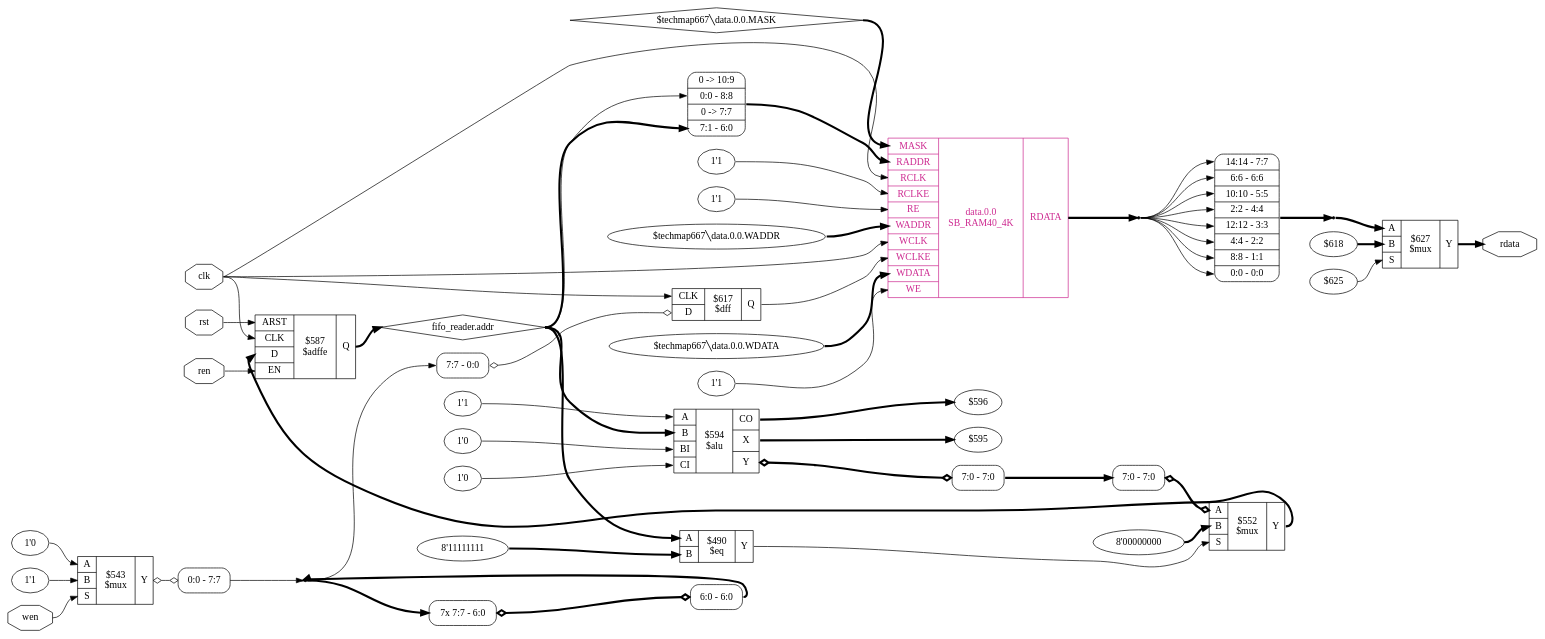
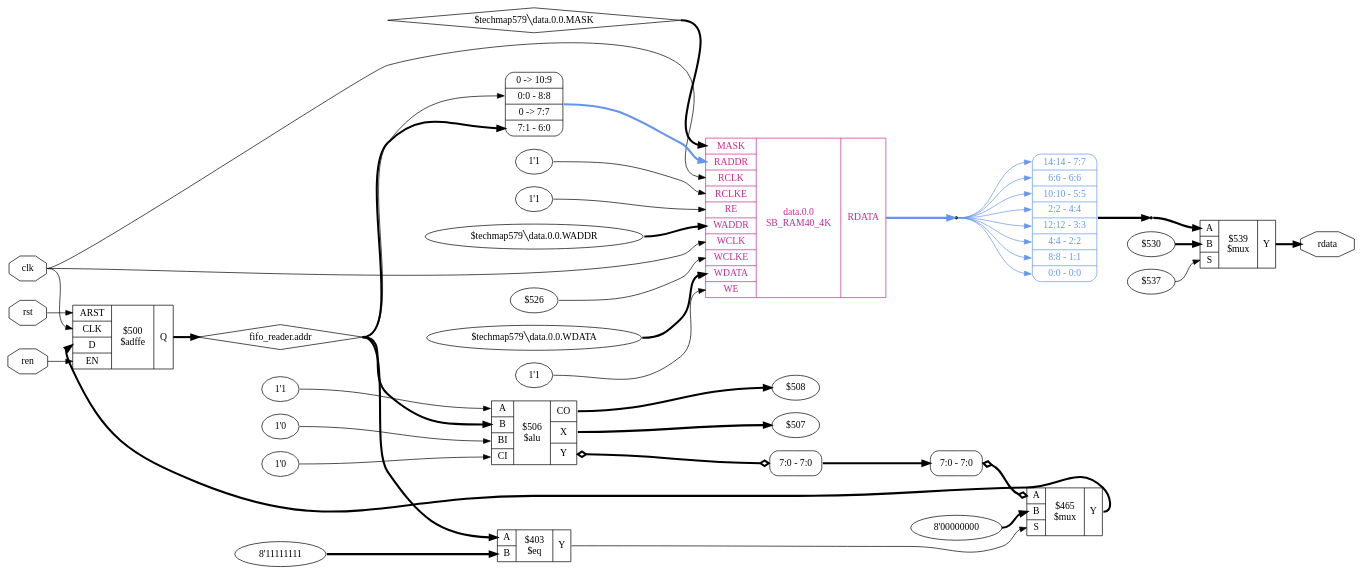
The diagram in source/_images/code_examples/fifo/rdata_map_ram.dot (YosysHQ-Docs/yosys-cmd-ref), drawn with Graphviz before and after one commit. The commit also changed 54 other files, not shown here.

```diff
--- a/source/_images/code_examples/fifo/rdata_map_ram.dot
+++ b/source/_images/code_examples/fifo/rdata_map_ram.dot
@@ -1,101 +1,81 @@
 digraph "fifo" {
 rankdir="LR";
 remincross=true;
-n11 [ shape=octagon, label="clk", color="black", fontcolor="black" ];
-n12 [ shape=diamond, label="fifo_reader.addr", color="black", fontcolor="black" ];
-n13 [ shape=octagon, label="rdata", color="black", fontcolor="black" ];
-n14 [ shape=octagon, label="ren", color="black", fontcolor="black" ];
-n15 [ shape=octagon, label="rst", color="black", fontcolor="black" ];
-n16 [ shape=octagon, label="wen", color="black", fontcolor="black" ];
-v0 [ label="$techmap667&#9586;data.0.0.WADDR" ];
+n9 [ shape=octagon, label="clk", color="black", fontcolor="black" ];
+n10 [ shape=diamond, label="fifo_reader.addr", color="black", fontcolor="black" ];
+n11 [ shape=octagon, label="rdata", color="black", fontcolor="black" ];
+n12 [ shape=octagon, label="ren", color="black", fontcolor="black" ];
+n13 [ shape=octagon, label="rst", color="black", fontcolor="black" ];
+v0 [ label="$techmap579&#9586;data.0.0.WADDR" ];
 v1 [ label="1'1" ];
-v2 [ label="$techmap667&#9586;data.0.0.WDATA" ];
-v3 [ label="1'1" ];
+v2 [ label="$526" ];
+v3 [ label="$techmap579&#9586;data.0.0.WDATA" ];
 v4 [ label="1'1" ];
-c28 [ shape=record, label="{{<p17> MASK|<p18> RADDR|<p19> RCLK|<p20> RCLKE|<p21> RE|<p22> WADDR|<p23> WCLK|<p24> WCLKE|<p25> WDATA|<p26> WE}|data.0.0\nSB_RAM40_4K|{<p27> RDATA}}", color="maroon3", fontcolor="maroon3" ];
-c32 [ shape=record, label="{{<p29> CLK|<p30> D}|$617\n$dff|{<p31> Q}}",  ];
-x5 [ shape=record, style=rounded, label="<s0> 7:7 - 0:0 ", color="black", fontcolor="black" ];
-x5:e -> c32:p30:w [arrowhead=odiamond, arrowtail=odiamond, dir=both, color="black", fontcolor="black", label=""];
+v5 [ label="1'1" ];
+c25 [ shape=record, label="{{<p14> MASK|<p15> RADDR|<p16> RCLK|<p17> RCLKE|<p18> RE|<p19> WADDR|<p20> WCLK|<p21> WCLKE|<p22> WDATA|<p23> WE}|data.0.0\nSB_RAM40_4K|{<p24> RDATA}}", color="maroon3", fontcolor="maroon3" ];
 v6 [ label="1'1" ];
 v7 [ label="1'0" ];
 v8 [ label="1'0" ];
-v9 [ label="$596" ];
-v10 [ label="$595" ];
-c40 [ shape=record, label="{{<p33> A|<p34> B|<p35> BI|<p36> CI}|$594\n$alu|{<p37> CO|<p38> X|<p39> Y}}",  ];
+v9 [ label="$508" ];
+v10 [ label="$507" ];
+c33 [ shape=record, label="{{<p26> A|<p27> B|<p28> BI|<p29> CI}|$506\n$alu|{<p30> CO|<p31> X|<p32> Y}}",  ];
 x11 [ shape=record, style=rounded, label="<s0> 7:0 - 7:0 ", color="black", fontcolor="black" ];
-c40:p39:e -> x11:w [arrowhead=odiamond, arrowtail=odiamond, dir=both, color="black", fontcolor="black", style="setlinewidth(3)", label=""];
-c43 [ shape=record, label="{{<p41> ARST|<p29> CLK|<p30> D|<p42> EN}|$587\n$adffe|{<p31> Q}}",  ];
+c33:p32:e -> x11:w [arrowhead=odiamond, arrowtail=odiamond, dir=both, color="black", fontcolor="black", style="setlinewidth(3)", label=""];
+c39 [ shape=record, label="{{<p34> ARST|<p35> CLK|<p36> D|<p37> EN}|$500\n$adffe|{<p38> Q}}",  ];
 v12 [ label="8'11111111" ];
-c44 [ shape=record, label="{{<p33> A|<p34> B}|$490\n$eq|{<p39> Y}}",  ];
+c40 [ shape=record, label="{{<p26> A|<p27> B}|$403\n$eq|{<p32> Y}}",  ];
 v14 [ label="8'00000000" ];
-c46 [ shape=record, label="{{<p33> A|<p34> B|<p45> S}|$552\n$mux|{<p39> Y}}",  ];
+c42 [ shape=record, label="{{<p26> A|<p27> B|<p41> S}|$465\n$mux|{<p32> Y}}",  ];
 x13 [ shape=record, style=rounded, label="<s0> 7:0 - 7:0 ", color="black", fontcolor="black" ];
-x13:e -> c46:p33:w [arrowhead=odiamond, arrowtail=odiamond, dir=both, color="black", fontcolor="black", style="setlinewidth(3)", label=""];
-v15 [ label="1'0" ];
-v16 [ label="1'1" ];
-c47 [ shape=record, label="{{<p33> A|<p34> B|<p45> S}|$543\n$mux|{<p39> Y}}",  ];
-x17 [ shape=record, style=rounded, label="<s0> 0:0 - 7:7 ", color="black", fontcolor="black" ];
-c47:p39:e -> x17:w [arrowhead=odiamond, arrowtail=odiamond, dir=both, color="black", fontcolor="black", label=""];
-v18 [ label="$625" ];
-v19 [ label="$618" ];
-c48 [ shape=record, label="{{<p33> A|<p34> B|<p45> S}|$627\n$mux|{<p39> Y}}",  ];
-x20 [ shape=record, style=rounded, label="<s6> 7x 7:7 - 6:0 ", color="black", fontcolor="black" ];
-x21 [ shape=record, style=rounded, label="<s0> 6:0 - 6:0 ", color="black", fontcolor="black" ];
-x20:e -> x21:w [arrowhead=odiamond, arrowtail=odiamond, dir=both, color="black", fontcolor="black", style="setlinewidth(3)", label=""];
-x22 [shape=point, ];
-x23 [ shape=record, style=rounded, label="0 -&gt; 10:9 |<s2> 0:0 - 8:8 |0 -&gt; 7:7 |<s0> 7:1 - 6:0 ", color="black", fontcolor="black" ];
-x24 [ shape=record, style=rounded, label="<s7> 14:14 - 7:7 |<s6> 6:6 - 6:6 |<s5> 10:10 - 5:5 |<s4> 2:2 - 4:4 |<s3> 12:12 - 3:3 |<s2> 4:4 - 2:2 |<s1> 8:8 - 1:1 |<s0> 0:0 - 0:0 ", color="black", fontcolor="black" ];
+x13:e -> c42:p26:w [arrowhead=odiamond, arrowtail=odiamond, dir=both, color="black", fontcolor="black", style="setlinewidth(3)", label=""];
+v15 [ label="$537" ];
+v16 [ label="$530" ];
+c43 [ shape=record, label="{{<p26> A|<p27> B|<p41> S}|$539\n$mux|{<p32> Y}}",  ];
+x17 [shape=point, ];
+x18 [ shape=record, style=rounded, label="0 -&gt; 10:9 |<s2> 0:0 - 8:8 |0 -&gt; 7:7 |<s0> 7:1 - 6:0 ", color="black", fontcolor="black" ];
+x19 [ shape=record, style=rounded, label="<s7> 14:14 - 7:7 |<s6> 6:6 - 6:6 |<s5> 10:10 - 5:5 |<s4> 2:2 - 4:4 |<s3> 12:12 - 3:3 |<s2> 4:4 - 2:2 |<s1> 8:8 - 1:1 |<s0> 0:0 - 0:0 ", color="cornflowerblue", fontcolor="cornflowerblue" ];
 n1 [ shape=point ];
-c28:p27:e -> n1:w [color="black", fontcolor="black", style="setlinewidth(3)", label=""];
-n1:e -> x24:s0:w [color="black", fontcolor="black", label=""];
-n1:e -> x24:s1:w [color="black", fontcolor="black", label=""];
-n1:e -> x24:s2:w [color="black", fontcolor="black", label=""];
-n1:e -> x24:s3:w [color="black", fontcolor="black", label=""];
-n1:e -> x24:s4:w [color="black", fontcolor="black", label=""];
-n1:e -> x24:s5:w [color="black", fontcolor="black", label=""];
-n1:e -> x24:s6:w [color="black", fontcolor="black", label=""];
-n1:e -> x24:s7:w [color="black", fontcolor="black", label=""];
-c46:p39:e -> c43:p30:w [color="black", fontcolor="black", style="setlinewidth(3)", label=""];
-n11:e -> c28:p19:w [color="black", fontcolor="black", label=""];
-n11:e -> c28:p23:w [color="black", fontcolor="black", label=""];
-n11:e -> c32:p29:w [color="black", fontcolor="black", label=""];
-n11:e -> c43:p29:w [color="black", fontcolor="black", label=""];
-c43:p31:e -> n12:w [color="black", fontcolor="black", style="setlinewidth(3)", label=""];
-n12:e -> c40:p34:w [color="black", fontcolor="black", style="setlinewidth(3)", label=""];
-n12:e -> c44:p33:w [color="black", fontcolor="black", style="setlinewidth(3)", label=""];
-n12:e -> x23:s0:w [color="black", fontcolor="black", style="setlinewidth(3)", label=""];
-n12:e -> x23:s2:w [color="black", fontcolor="black", label=""];
-c48:p39:e -> n13:w [color="black", fontcolor="black", style="setlinewidth(3)", label=""];
-n14:e -> c43:p42:w [color="black", fontcolor="black", label=""];
-n15:e -> c43:p41:w [color="black", fontcolor="black", label=""];
-n16:e -> c47:p45:w [color="black", fontcolor="black", label=""];
-n2 [ shape=diamond, label="$techmap667&#9586;data.0.0.MASK" ];
-n2:e -> c28:p17:w [color="black", fontcolor="black", style="setlinewidth(3)", label=""];
-x23:e -> c28:p18:w [color="black", fontcolor="black", style="setlinewidth(3)", label=""];
-x24:e -> x22:w [color="black", fontcolor="black", style="setlinewidth(3)", label=""];
-x22:e -> c48:p33:w [color="black", fontcolor="black", style="setlinewidth(3)", label=""];
-c32:p31:e -> c28:p24:w [color="black", fontcolor="black", label=""];
-n7 [ shape=point ];
-x17:s0:e -> n7:w [color="black", fontcolor="black", label=""];
-x21:s0:e -> n7:w [color="black", fontcolor="black", style="setlinewidth(3)", label=""];
-n7:e -> x20:s6:w [color="black", fontcolor="black", style="setlinewidth(3)", label=""];
-n7:e -> x5:s0:w [color="black", fontcolor="black", label=""];
+c25:p24:e -> n1:w [color="cornflowerblue", fontcolor="cornflowerblue", style="setlinewidth(3)", label=""];
+n1:e -> x19:s0:w [color="cornflowerblue", fontcolor="cornflowerblue", label=""];
+n1:e -> x19:s1:w [color="cornflowerblue", fontcolor="cornflowerblue", label=""];
+n1:e -> x19:s2:w [color="cornflowerblue", fontcolor="cornflowerblue", label=""];
+n1:e -> x19:s3:w [color="cornflowerblue", fontcolor="cornflowerblue", label=""];
+n1:e -> x19:s4:w [color="cornflowerblue", fontcolor="cornflowerblue", label=""];
+n1:e -> x19:s5:w [color="cornflowerblue", fontcolor="cornflowerblue", label=""];
+n1:e -> x19:s6:w [color="cornflowerblue", fontcolor="cornflowerblue", label=""];
+n1:e -> x19:s7:w [color="cornflowerblue", fontcolor="cornflowerblue", label=""];
+c39:p38:e -> n10:w [color="black", fontcolor="black", style="setlinewidth(3)", label=""];
+n10:e -> c33:p27:w [color="black", fontcolor="black", style="setlinewidth(3)", label=""];
+n10:e -> c40:p26:w [color="black", fontcolor="black", style="setlinewidth(3)", label=""];
+n10:e -> x18:s0:w [color="black", fontcolor="black", style="setlinewidth(3)", label=""];
+n10:e -> x18:s2:w [color="black", fontcolor="black", label=""];
+c43:p32:e -> n11:w [color="black", fontcolor="black", style="setlinewidth(3)", label=""];
+n12:e -> c39:p37:w [color="black", fontcolor="black", label=""];
+n13:e -> c39:p34:w [color="black", fontcolor="black", label=""];
+n2 [ shape=diamond, label="$techmap579&#9586;data.0.0.MASK" ];
+n2:e -> c25:p14:w [color="black", fontcolor="black", style="setlinewidth(3)", label=""];
+x18:e -> c25:p15:w [color="cornflowerblue", fontcolor="cornflowerblue", style="setlinewidth(3)", label=""];
+x19:e -> x17:w [color="black", fontcolor="black", style="setlinewidth(3)", label=""];
+x17:e -> c43:p26:w [color="black", fontcolor="black", style="setlinewidth(3)", label=""];
 x11:s0:e -> x13:s0:w [color="black", fontcolor="black", style="setlinewidth(3)", label=""];
-c44:p39:e -> c46:p45:w [color="black", fontcolor="black", label=""];
-v0:e -> c28:p22:w [color="black", fontcolor="black", style="setlinewidth(3)", label=""];
-v1:e -> c28:p26:w [color="black", fontcolor="black", label=""];
-c40:p38:e -> v10:w [color="black", fontcolor="black", style="setlinewidth(3)", label=""];
-v12:e -> c44:p34:w [color="black", fontcolor="black", style="setlinewidth(3)", label=""];
-v14:e -> c46:p34:w [color="black", fontcolor="black", style="setlinewidth(3)", label=""];
-v15:e -> c47:p33:w [color="black", fontcolor="black", label=""];
-v16:e -> c47:p34:w [color="black", fontcolor="black", label=""];
-v18:e -> c48:p45:w [color="black", fontcolor="black", label=""];
-v19:e -> c48:p34:w [color="black", fontcolor="black", style="setlinewidth(3)", label=""];
-v2:e -> c28:p25:w [color="black", fontcolor="black", style="setlinewidth(3)", label=""];
-v3:e -> c28:p21:w [color="black", fontcolor="black", label=""];
-v4:e -> c28:p20:w [color="black", fontcolor="black", label=""];
-v6:e -> c40:p33:w [color="black", fontcolor="black", label=""];
-v7:e -> c40:p35:w [color="black", fontcolor="black", label=""];
-v8:e -> c40:p36:w [color="black", fontcolor="black", label=""];
-c40:p37:e -> v9:w [color="black", fontcolor="black", style="setlinewidth(3)", label=""];
+c40:p32:e -> c42:p41:w [color="black", fontcolor="black", label=""];
+c42:p32:e -> c39:p36:w [color="black", fontcolor="black", style="setlinewidth(3)", label=""];
+n9:e -> c25:p16:w [color="black", fontcolor="black", label=""];
+n9:e -> c25:p20:w [color="black", fontcolor="black", label=""];
+n9:e -> c39:p35:w [color="black", fontcolor="black", label=""];
+v0:e -> c25:p19:w [color="black", fontcolor="black", style="setlinewidth(3)", label=""];
+v1:e -> c25:p23:w [color="black", fontcolor="black", label=""];
+c33:p31:e -> v10:w [color="black", fontcolor="black", style="setlinewidth(3)", label=""];
+v12:e -> c40:p27:w [color="black", fontcolor="black", style="setlinewidth(3)", label=""];
+v14:e -> c42:p27:w [color="black", fontcolor="black", style="setlinewidth(3)", label=""];
+v15:e -> c43:p41:w [color="black", fontcolor="black", label=""];
+v16:e -> c43:p27:w [color="black", fontcolor="black", style="setlinewidth(3)", label=""];
+v2:e -> c25:p21:w [color="black", fontcolor="black", label=""];
+v3:e -> c25:p22:w [color="black", fontcolor="black", style="setlinewidth(3)", label=""];
+v4:e -> c25:p18:w [color="black", fontcolor="black", label=""];
+v5:e -> c25:p17:w [color="black", fontcolor="black", label=""];
+v6:e -> c33:p26:w [color="black", fontcolor="black", label=""];
+v7:e -> c33:p28:w [color="black", fontcolor="black", label=""];
+v8:e -> c33:p29:w [color="black", fontcolor="black", label=""];
+c33:p30:e -> v9:w [color="black", fontcolor="black", style="setlinewidth(3)", label=""];
 }
```
